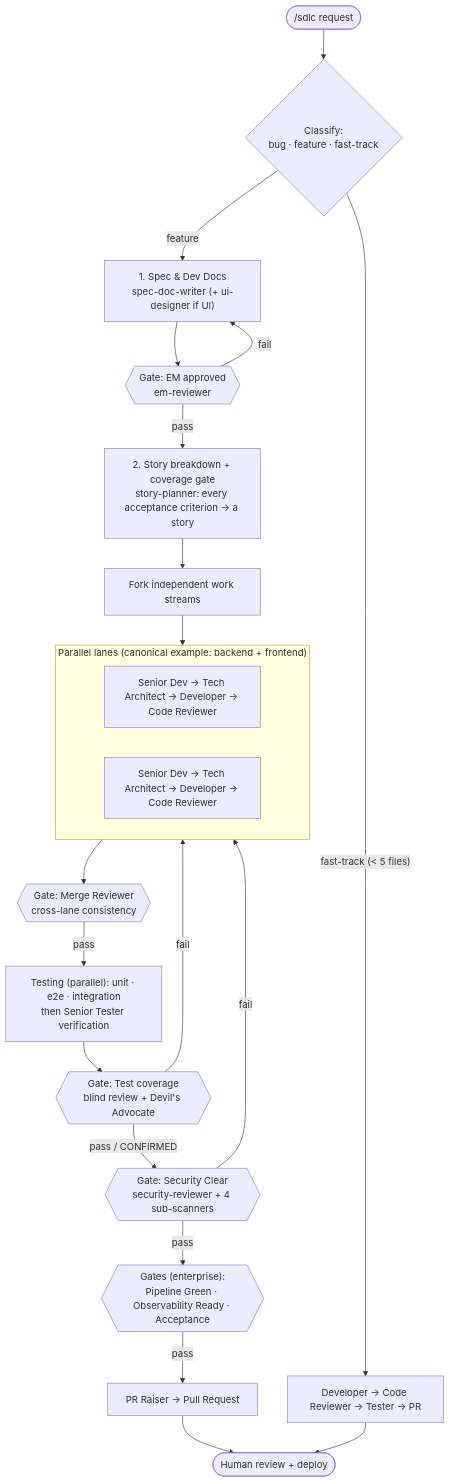
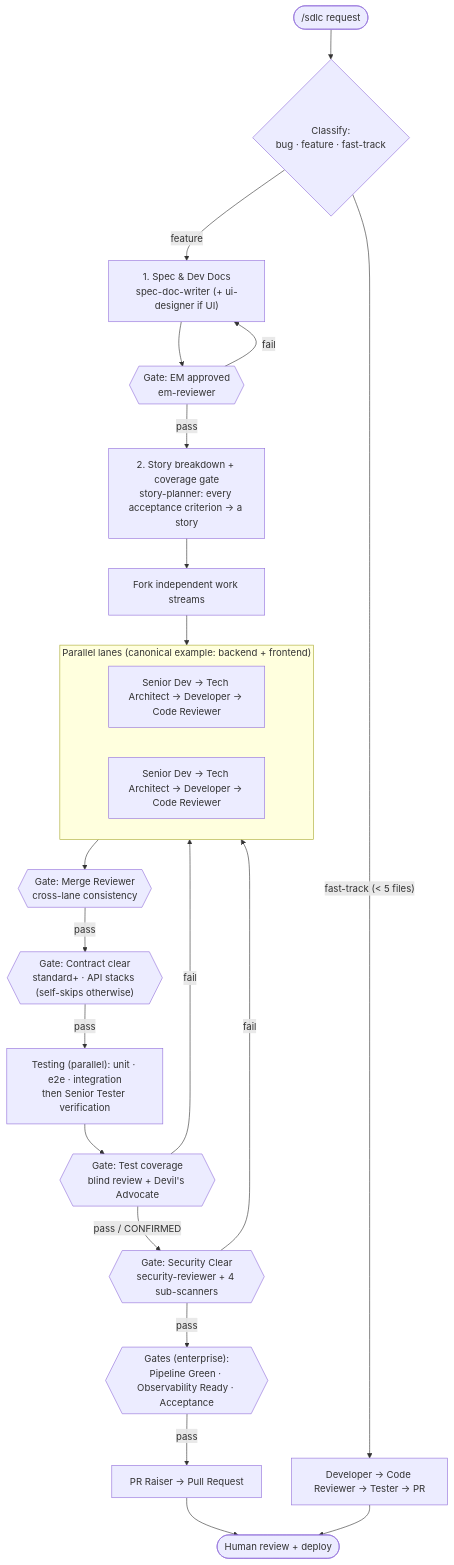
Before and after one commit to ajyadav013/claude-kit: the third of 4 diagrams in docs/architecture.md, drawn with Mermaid. The commit also changed 38 other files, not shown here.

````diff
--- a/docs/architecture.md
+++ b/docs/architecture.md
@@ -86,32 +86,33 @@
 ```mermaid
 flowchart TD
     REQ(["/sdlc request"]) --> CLS{"Classify:<br/>bug · feature · fast-track"}
 
     CLS -->|"feature"| SPEC["1. Spec & Dev Docs<br/>spec-doc-writer (+ ui-designer if UI)"]
     SPEC --> EM{{"Gate: EM approved<br/>em-reviewer"}}
 
     EM -->|"pass"| STORY["2. Story breakdown + coverage gate<br/>story-planner: every acceptance criterion → a story"]
     STORY --> FORK["Fork independent work streams"]
     subgraph LANES["Parallel lanes (canonical example: backend + frontend)"]
         direction LR
         L1["Senior Dev → Tech Architect → Developer → Code Reviewer"]
         L2["Senior Dev → Tech Architect → Developer → Code Reviewer"]
     end
     FORK --> LANES
     LANES --> MR1{{"Gate: Merge Reviewer<br/>cross-lane consistency"}}
 
-    MR1 -->|"pass"| TEST["Testing (parallel): unit · e2e · integration<br/>then Senior Tester verification"]
+    MR1 -->|"pass"| CC{{"Gate: Contract clear<br/>standard+ · API stacks (self-skips otherwise)"}}
+    CC -->|"pass"| TEST["Testing (parallel): unit · e2e · integration<br/>then Senior Tester verification"]
     TEST --> TCG{{"Gate: Test coverage<br/>blind review + Devil's Advocate"}}
 
     TCG -->|"pass / CONFIRMED"| SEC{{"Gate: Security Clear<br/>security-reviewer + 4 sub-scanners"}}
     SEC -->|"pass"| OPS{{"Gates (enterprise):<br/>Pipeline Green · Observability Ready · Acceptance"}}
     OPS -->|"pass"| PR["PR Raiser → Pull Request"]
     PR --> HUMAN(["Human review + deploy"])
 
     CLS -->|"fast-track (< 5 files)"| FT["Developer → Code Reviewer → Tester → PR"]
     FT --> HUMAN
 
     EM -->|"fail"| SPEC
     TCG -->|"fail"| LANES
     SEC -->|"fail"| LANES
 ```
````
